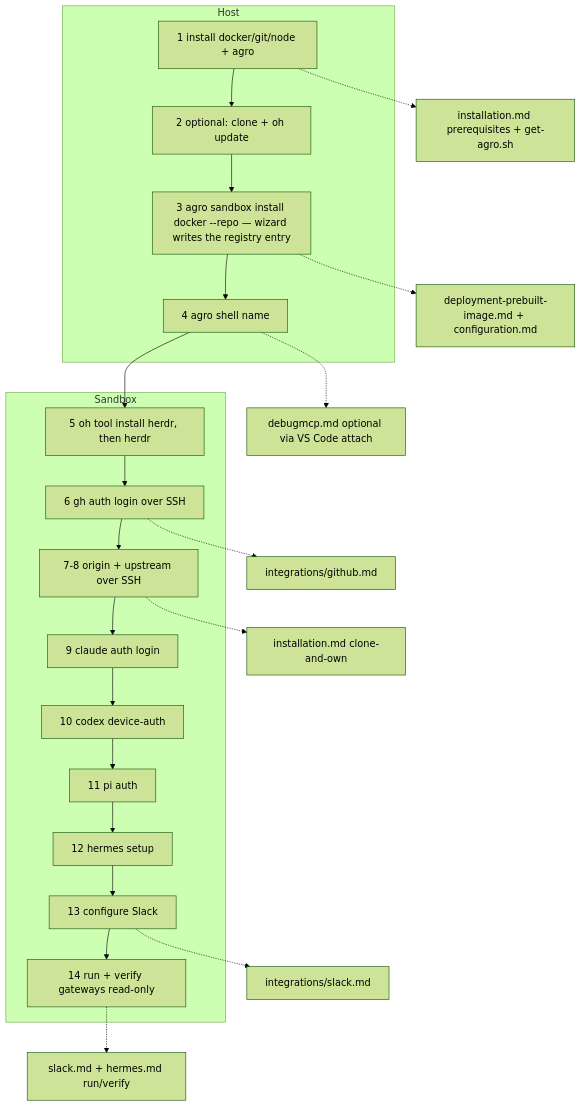
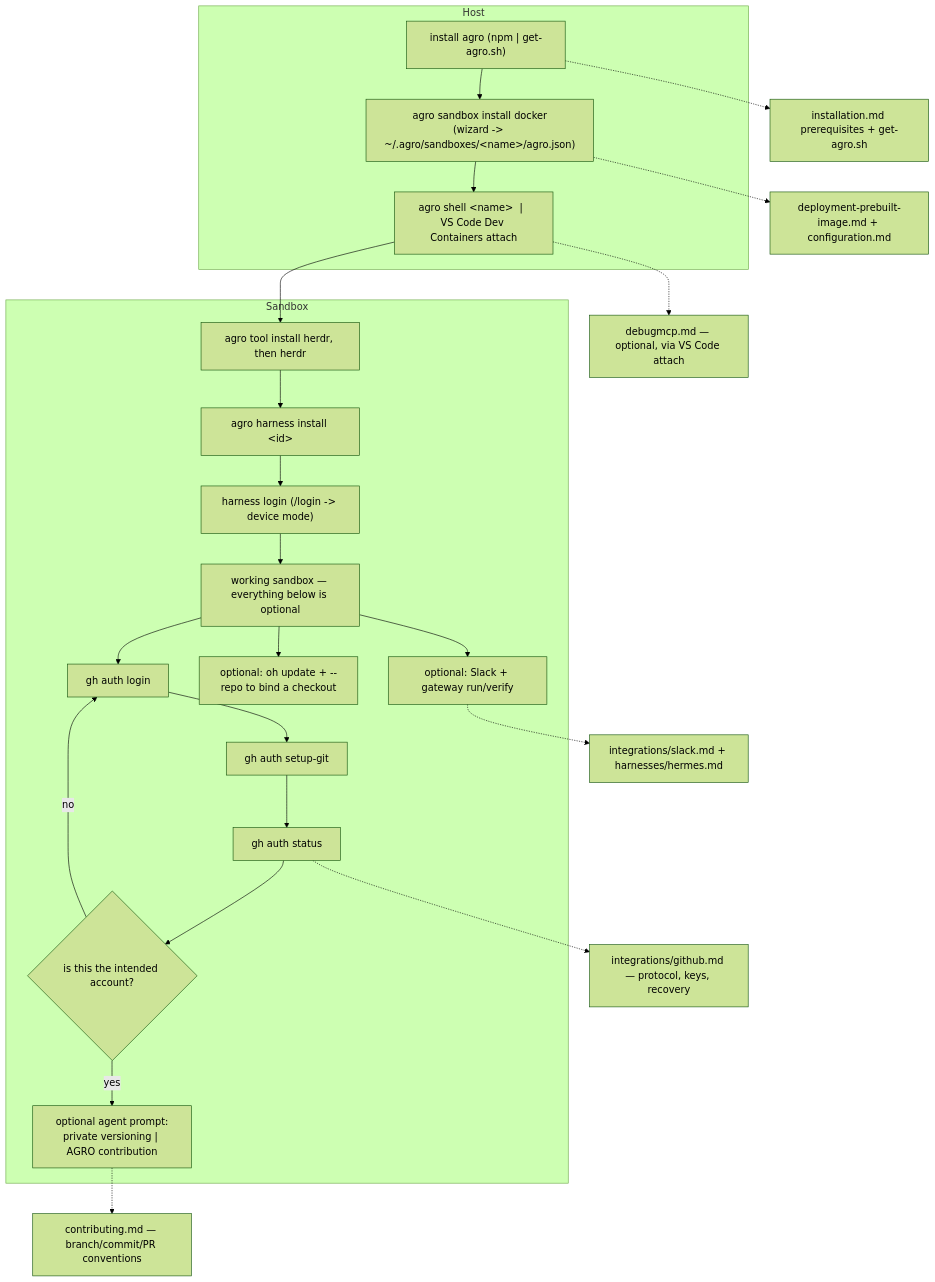
Before and after one commit to ryaneggz/open-harness: the diagram in .agro/knowledge/source/fresh-machine-setup.md, drawn with Mermaid (forest theme). The commit also changed other lines of this file and 13 other files, not shown here.

````diff
--- a/.agro/knowledge/source/fresh-machine-setup.md
+++ b/.agro/knowledge/source/fresh-machine-setup.md
@@ -122,26 +176,27 @@
 ```mermaid
 flowchart TD
   subgraph Host
-    S1[1 install docker/git/node + agro] --> S2[2 optional: clone + oh update]
-    S2 --> S3[3 agro sandbox install docker --repo — wizard writes the registry entry]
-    S3 --> S4[4 agro shell name]
+    H1["install agro (npm | get-agro.sh)"] --> H2["agro sandbox install docker<br/>(wizard -> ~/.agro/sandboxes/&lt;name&gt;/agro.json)"]
+    H2 --> H3["agro shell &lt;name&gt;  |  VS Code Dev Containers attach"]
   end
   subgraph Sandbox
-    S4 --> S5[5 oh tool install herdr, then herdr]
-    S5 --> S6[6 gh auth login over SSH]
-    S6 --> S7[7-8 origin + upstream over SSH]
-    S7 --> S9[9 claude auth login]
-    S9 --> S10[10 codex device-auth]
-    S10 --> S11[11 pi auth]
-    S11 --> S12[12 hermes setup]
-    S12 --> S13[13 configure Slack]
-    S13 --> S14[14 run + verify gateways read-only]
+    H3 --> S1["agro tool install herdr, then herdr"]
+    S1 --> S2["agro harness install &lt;id&gt;"]
+    S2 --> S3["harness login (/login -> device mode)"]
+    S3 --> WORKING["working sandbox — everything below is optional"]
+    WORKING --> G1["gh auth login"]
+    G1 --> G2["gh auth setup-git"]
+    G2 --> G3["gh auth status"]
+    G3 --> G4{"is this the intended account?"}
+    G4 -->|no| G1
+    G4 -->|yes| P["optional agent prompt:<br/>private versioning | AGRO contribution"]
+    WORKING --> R["optional: oh update + --repo to bind a checkout"]
+    WORKING --> SL["optional: Slack + gateway run/verify"]
   end
-  S1 -.-> D1[installation.md prerequisites + get-agro.sh]
-  S3 -.-> D2[deployment-prebuilt-image.md + configuration.md]
-  S6 -.-> D3[integrations/github.md]
-  S7 -.-> D4[installation.md clone-and-own]
-  S4 -.-> D6[debugmcp.md optional via VS Code attach]
-  S13 -.-> D7[integrations/slack.md]
-  S14 -.-> D8[slack.md + hermes.md run/verify]
+  H1 -.-> D1["installation.md prerequisites + get-agro.sh"]
+  H2 -.-> D2["deployment-prebuilt-image.md + configuration.md"]
+  G3 -.-> D3["integrations/github.md — protocol, keys, recovery"]
+  P -.-> D4["contributing.md — branch/commit/PR conventions"]
+  H3 -.-> D6["debugmcp.md — optional, via VS Code attach"]
+  SL -.-> D7["integrations/slack.md + harnesses/hermes.md"]
 ```
````
